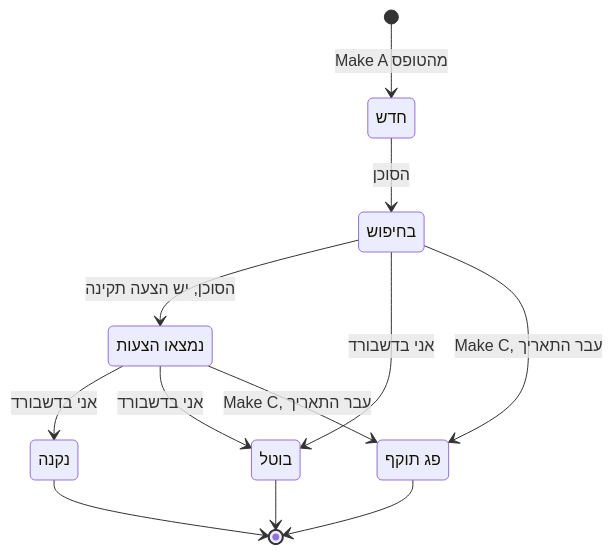
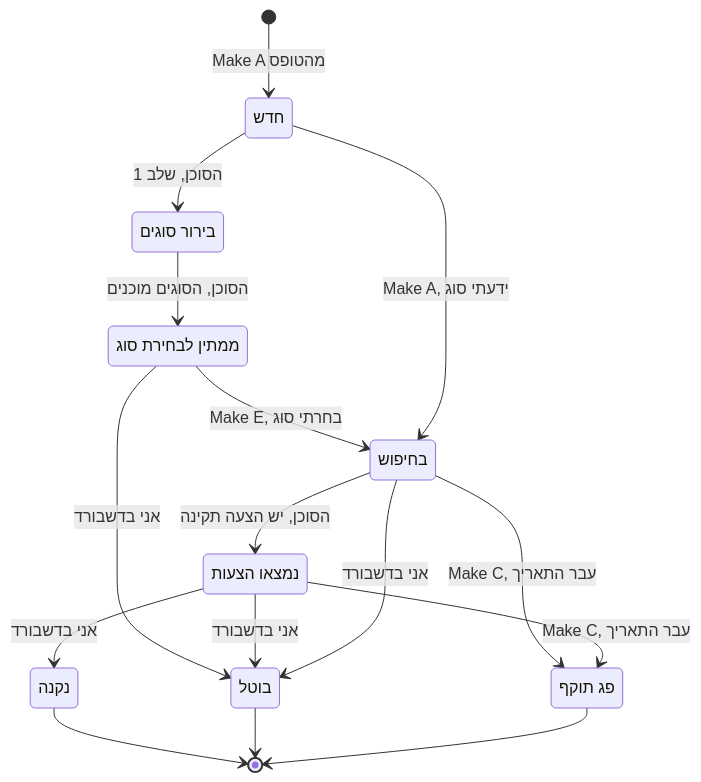
One commit to ronazeevi/SearchJobs changed the fifth of 6 diagrams in shopping-agent/Architecture.md. Above: the diagram before and after it, drawn with Mermaid. The commit also changed other lines of this file and 2 other files, not shown here.

First line of the commit message:
Shopping agent: add product-types stage, second-hand and business-days fields

````diff
--- a/shopping-agent/Architecture.md
+++ b/shopping-agent/Architecture.md
@@ -204,20 +255,26 @@
 ```mermaid
 stateDiagram-v2
     state "חדש" as NEW
+    state "בירור סוגים" as TYPES
+    state "ממתין לבחירת סוג" as WAIT
     state "בחיפוש" as SEARCH
     state "נמצאו הצעות" as FOUND
     state "נקנה" as BOUGHT
     state "בוטל" as CANCELED
     state "פג תוקף" as EXPIRED
     [*] --> NEW: Make A מהטופס
-    NEW --> SEARCH: הסוכן
+    NEW --> TYPES: הסוכן, שלב 1
+    TYPES --> WAIT: הסוכן, הסוגים מוכנים
+    WAIT --> SEARCH: Make E, בחרתי סוג
+    WAIT --> CANCELED: אני בדשבורד
+    NEW --> SEARCH: Make A, ידעתי סוג
     SEARCH --> FOUND: הסוכן, יש הצעה תקינה
     FOUND --> BOUGHT: אני בדשבורד
     FOUND --> CANCELED: אני בדשבורד
     SEARCH --> CANCELED: אני בדשבורד
     SEARCH --> EXPIRED: Make C, עבר התאריך
     FOUND --> EXPIRED: Make C, עבר התאריך
     BOUGHT --> [*]
     CANCELED --> [*]
     EXPIRED --> [*]
 ```
````
